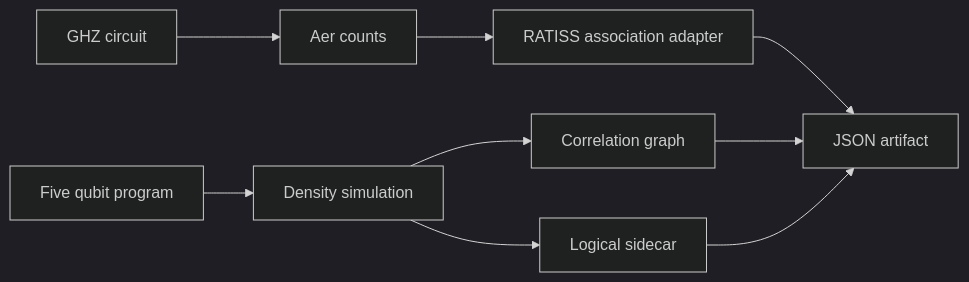
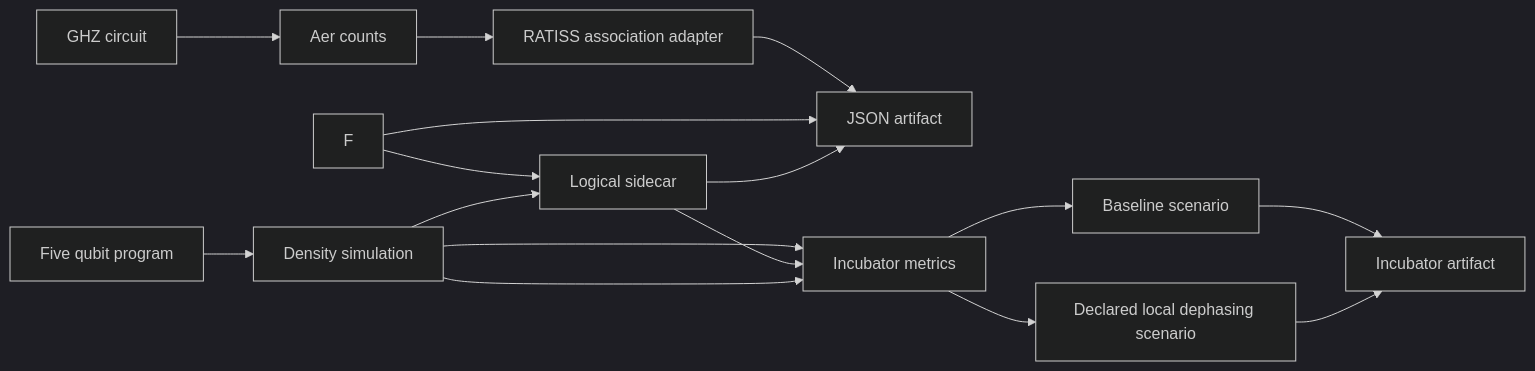
The diagram in README.md (samajonathan9-source/QPU-Ratiss-COSMOS), drawn with Mermaid (dark theme) before and after one commit. The commit also changed other lines of this file and 15 other files, not shown here.

````diff
--- a/README.md
+++ b/README.md
@@ -36,11 +49,18 @@
 ```mermaid
 flowchart LR
   A[GHZ circuit] --> B[Aer counts]
   B --> C[RATISS association adapter]
   D[Five qubit program] --> E[Density simulation]
-  E --> F[Correlation graph]
+  F --> G[Correlation graph]
   E --> G[Logical sidecar]
   C --> H[JSON artifact]
   F --> H
   G --> H
+  E --> I[Incubator metrics]
+  G --> I
+  E --> I
+  I --> J[Baseline scenario]
+  I --> K[Declared local dephasing scenario]
+  J --> L[Incubator artifact]
+  K --> L
 ```
````
